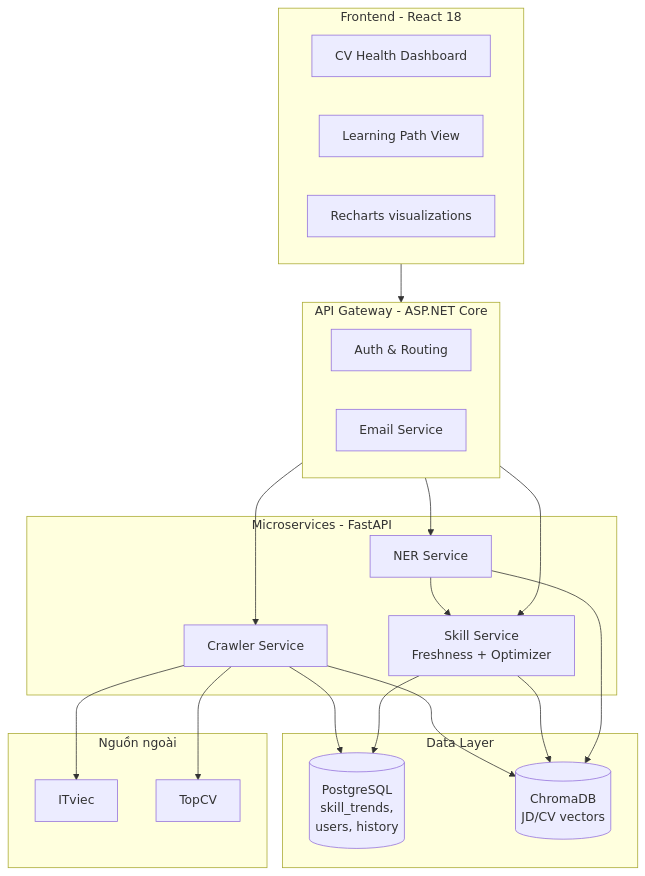
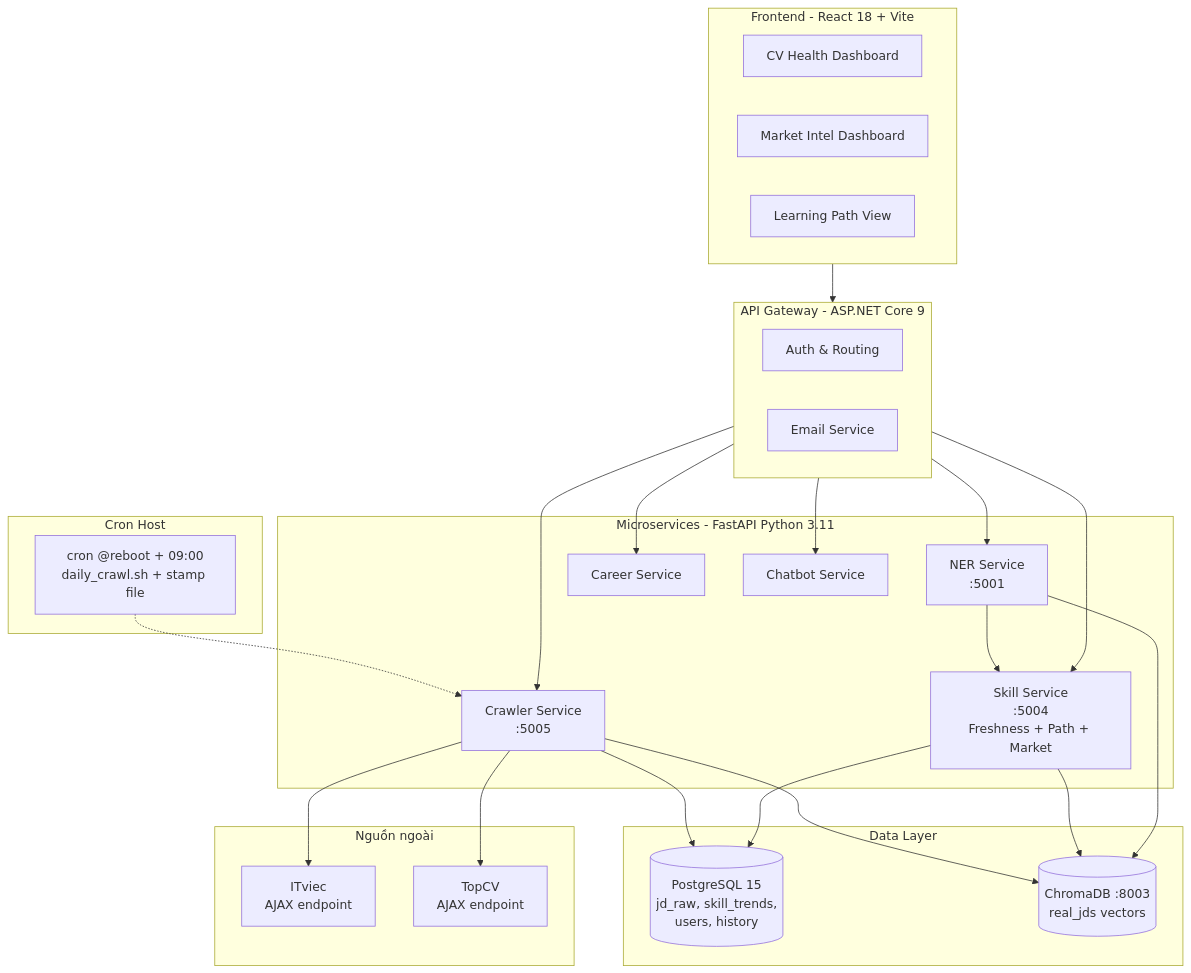
One commit to dungken/cv-assistant changed the diagram in thesis_report/chuong2/2.6_cong_nghe_cong_cu.md. Above: the diagram before and after it, drawn with Mermaid. The commit also changed other lines of this file and 29 other files, not shown here.

Commit message:
refactor: update storage logic for description integrity and finalize thesis report sections on system architecture and design

````diff
--- a/thesis_report/chuong2/2.6_cong_nghe_cong_cu.md
+++ b/thesis_report/chuong2/2.6_cong_nghe_cong_cu.md
@@ -104,42 +109,51 @@
 ```mermaid
 flowchart TB
-    subgraph FE[Frontend - React 18]
+    subgraph FE[Frontend - React 18 + Vite]
         Dash[CV Health Dashboard]
+        Market[Market Intel Dashboard]
         Path[Learning Path View]
-        Charts[Recharts visualizations]
     end
 
-    subgraph GW[API Gateway - ASP.NET Core]
+    subgraph GW[API Gateway - ASP.NET Core 9]
         Auth[Auth & Routing]
         Email[Email Service]
     end
 
-    subgraph BE[Microservices - FastAPI]
-        NER[NER Service]
-        Skill[Skill Service<br/>Freshness + Optimizer]
-        Crawler[Crawler Service]
+    subgraph BE[Microservices - FastAPI Python 3.11]
+        NER[NER Service<br/>:5001]
+        Skill[Skill Service<br/>:5004<br/>Freshness + Path + Market]
+        Crawler[Crawler Service<br/>:5005]
+        Career[Career Service]
+        Chatbot[Chatbot Service]
     end
 
     subgraph DATA[Data Layer]
-        PG[(PostgreSQL<br/>skill_trends,<br/>users, history)]
-        Chroma[(ChromaDB<br/>JD/CV vectors)]
+        PG[(PostgreSQL 15<br/>jd_raw, skill_trends,<br/>users, history)]
+        Chroma[(ChromaDB :8003<br/>real_jds vectors)]
     end
 
     subgraph EXT[Nguồn ngoài]
-        ITviec[ITviec]
-        TopCV[TopCV]
+        ITviec[ITviec<br/>AJAX endpoint]
+        TopCV[TopCV<br/>AJAX endpoint]
+    end
+
+    subgraph CRON[Cron Host]
+        DailyCron["cron @reboot + 09:00<br/>daily_crawl.sh + stamp file"]
     end
 
     FE --> GW
     GW --> NER
     GW --> Skill
     GW --> Crawler
+    GW --> Career
+    GW --> Chatbot
     NER --> Skill
+    DailyCron -.-> Crawler
     Crawler --> ITviec
     Crawler --> TopCV
     Crawler --> Chroma
     Crawler --> PG
     Skill --> PG
     Skill --> Chroma
     NER --> Chroma
 ```
````
